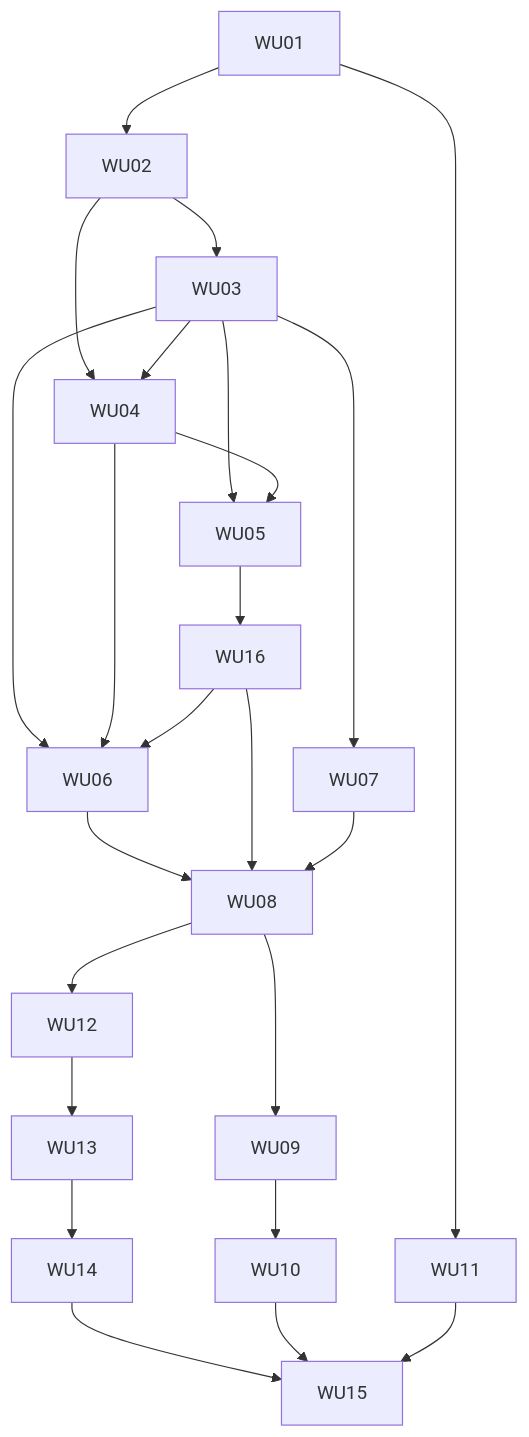
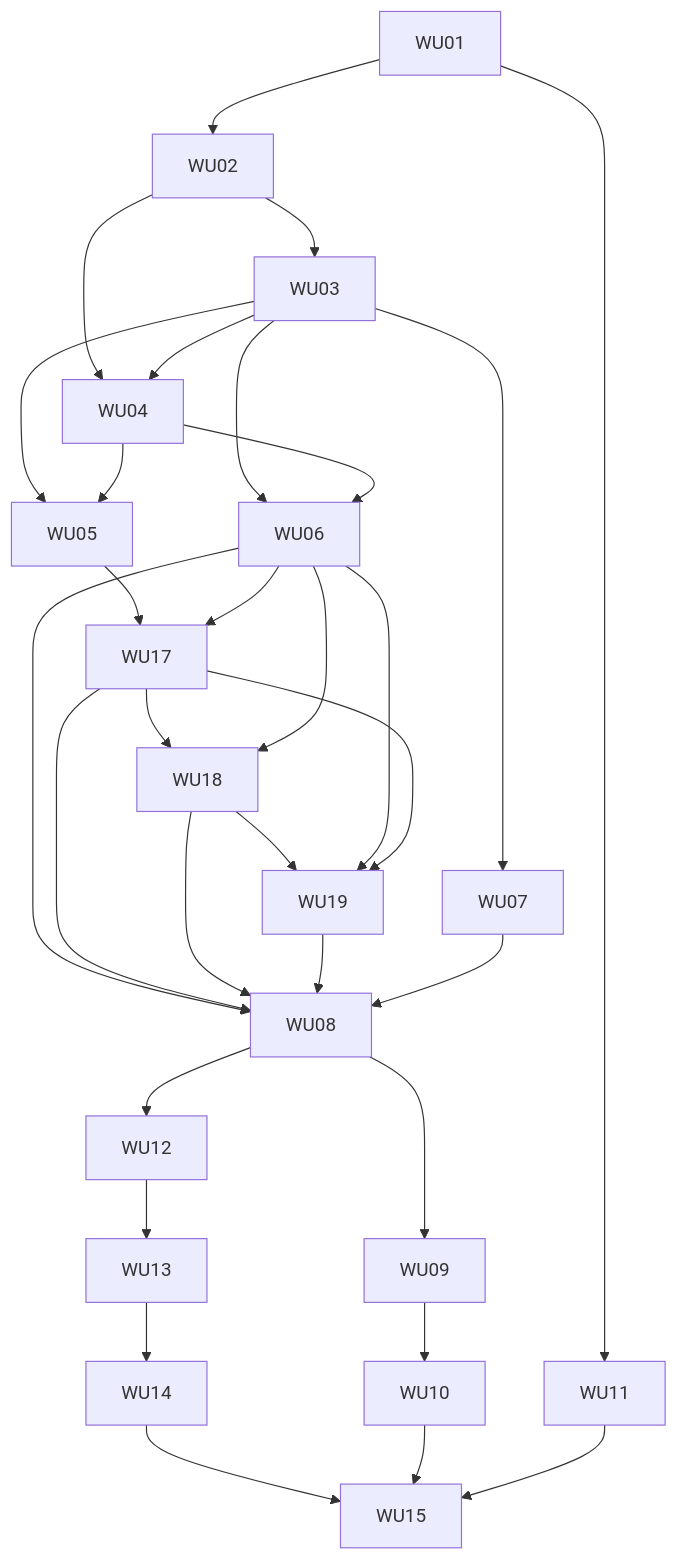
One commit to doitsu2014/my-cms changed the diagram in .aidlc/intents/use-dtech-aidlc-to-develop-the-backup-and-restor/develop/implementation-design/work-units.md. Above: the diagram before and after it, drawn with Mermaid. The commit also changed other lines of this file and 44 other files, not shown here.

````diff
--- a/.aidlc/intents/use-dtech-aidlc-to-develop-the-backup-and-restor/develop/implementation-design/work-units.md
+++ b/.aidlc/intents/use-dtech-aidlc-to-develop-the-backup-and-restor/develop/implementation-design/work-units.md
@@ -39,26 +39,33 @@
 ```mermaid
 flowchart TD
   WU01 --> WU02
   WU01 --> WU11
   WU02 --> WU03
   WU02 --> WU04
   WU03 --> WU04
   WU03 --> WU05
   WU04 --> WU05
   WU03 --> WU07
   WU03 --> WU06
   WU04 --> WU06
-  WU05 --> WU16
-  WU16 --> WU06
+  WU05 --> WU17
+  WU06 --> WU17
+  WU17 --> WU18
+  WU18 --> WU19
+  WU06 --> WU18
+  WU06 --> WU19
+  WU17 --> WU19
   WU06 --> WU08
-  WU16 --> WU08
+  WU17 --> WU08
+  WU18 --> WU08
+  WU19 --> WU08
   WU07 --> WU08
   WU08 --> WU09
   WU08 --> WU12
   WU09 --> WU10
   WU12 --> WU13
   WU13 --> WU14
   WU14 --> WU15
   WU10 --> WU15
   WU11 --> WU15
 ```
````
